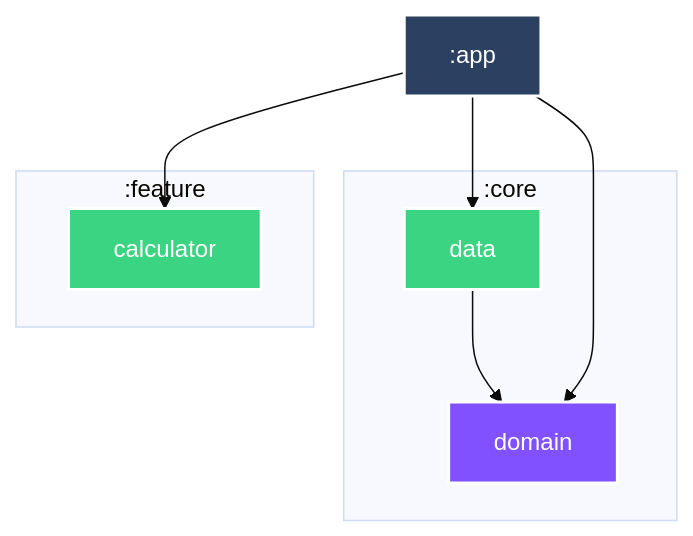
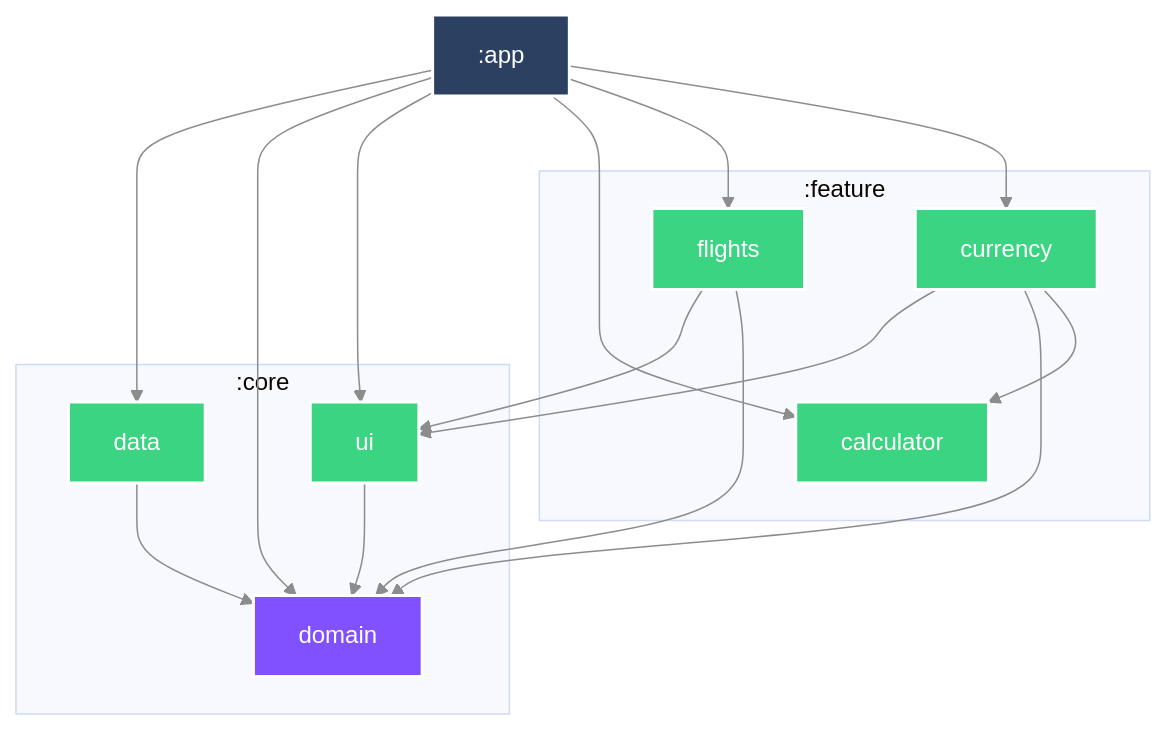
The diagram in README.md (Mett-Barr/flights-information), drawn with Mermaid before and after one commit. The commit also changed 1 other file, not shown here.

Commit message:
build: regenerate the module graph for the feature modules

````diff
--- a/README.md
+++ b/README.md
@@ -93,29 +93,45 @@
 ```mermaid
 %%{
   init: {
-    'theme': 'base'
+    'theme': 'base',
+    'themeVariables': {"lineColor":"#8C8C8C"}
   }
 }%%
 
 graph TB
   subgraph :core
     :core:data["data"]
     :core:domain["domain"]
+    :core:ui["ui"]
   end
   subgraph :feature
+    :feature:currency["currency"]
     :feature:calculator["calculator"]
+    :feature:flights["flights"]
   end
   :core:data --> :core:domain
+  :core:ui --> :core:domain
+  :feature:currency --> :core:ui
+  :feature:currency --> :core:domain
+  :feature:currency --> :feature:calculator
   :app --> :core:data
   :app --> :core:domain
+  :app --> :core:ui
   :app --> :feature:calculator
+  :app --> :feature:flights
+  :app --> :feature:currency
+  :feature:flights --> :core:ui
+  :feature:flights --> :core:domain
 
 classDef android-library fill:#3BD482,stroke:#fff,stroke-width:2px,color:#fff;
 classDef kotlin-jvm fill:#8150FF,stroke:#fff,stroke-width:2px,color:#fff;
 classDef android-application fill:#2C4162,stroke:#fff,stroke-width:2px,color:#fff;
 class :core:data android-library
 class :core:domain kotlin-jvm
+class :core:ui android-library
+class :feature:currency android-library
+class :feature:calculator android-library
 class :app android-application
-class :feature:calculator android-library
+class :feature:flights android-library
 
 ```
````
